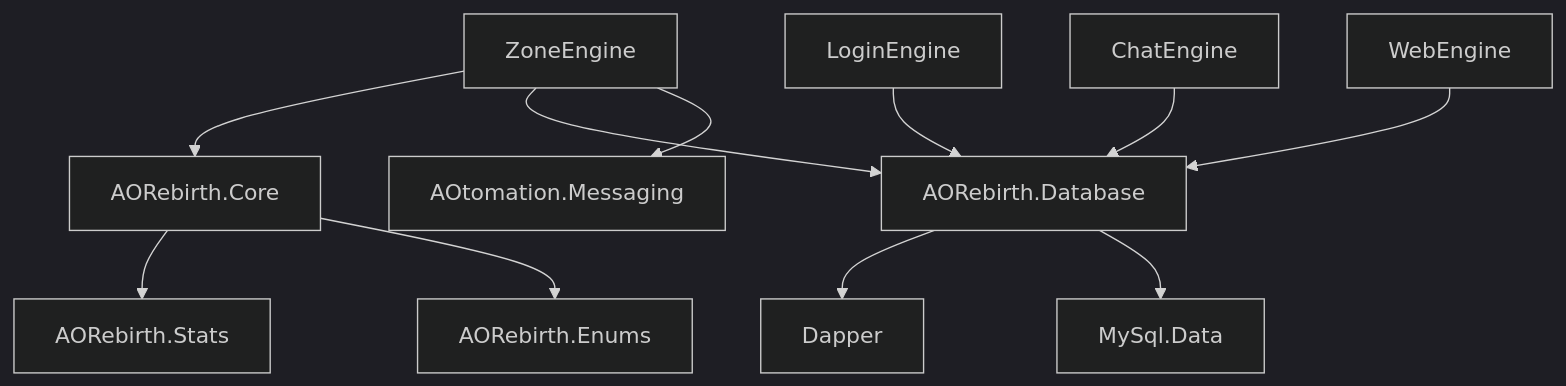
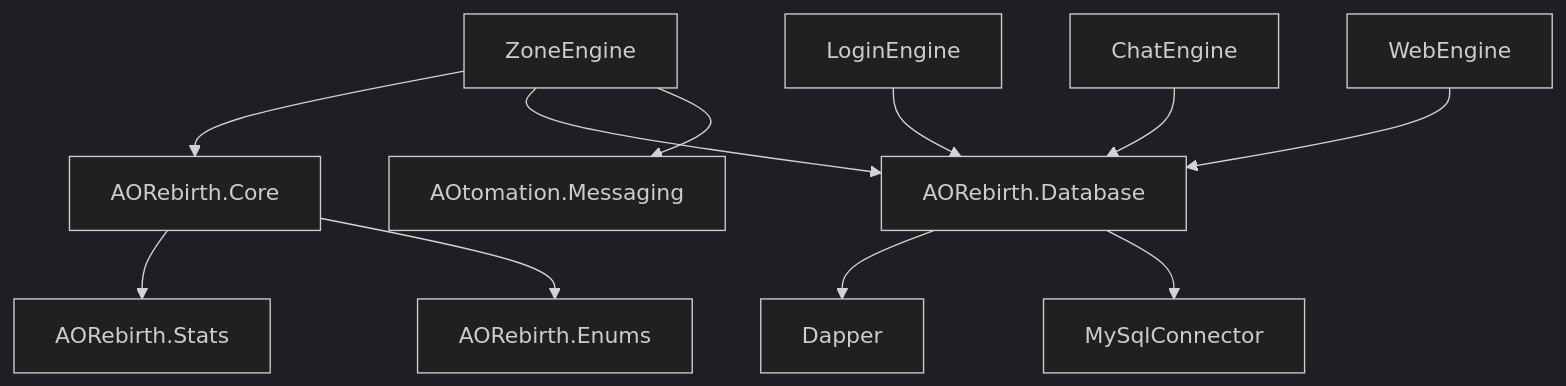
One commit to subarumike/AORebirth changed the fourth of 4 diagrams in docs/project/ARCHITECTURE.md. Above: the diagram before and after it, drawn with Mermaid (dark theme). The commit also changed other lines of this file and 41 other files, not shown here.

````diff
--- a/docs/project/ARCHITECTURE.md
+++ b/docs/project/ARCHITECTURE.md
@@ -135,13 +135,13 @@
 ```mermaid
 flowchart TB
     ZoneEngine --> AORebirthCore["AORebirth.Core"]
     ZoneEngine --> AORebirthDatabase["AORebirth.Database"]
     ZoneEngine --> AOtomation["AOtomation.Messaging"]
     LoginEngine --> AORebirthDatabase
     ChatEngine --> AORebirthDatabase
     WebEngine --> AORebirthDatabase
     AORebirthCore --> AORebirthStats["AORebirth.Stats"]
     AORebirthCore --> AORebirthEnums["AORebirth.Enums"]
     AORebirthDatabase --> Dapper
-    AORebirthDatabase --> MySqlData["MySql.Data"]
+    AORebirthDatabase --> MySqlConnector["MySqlConnector"]
 ```
````
